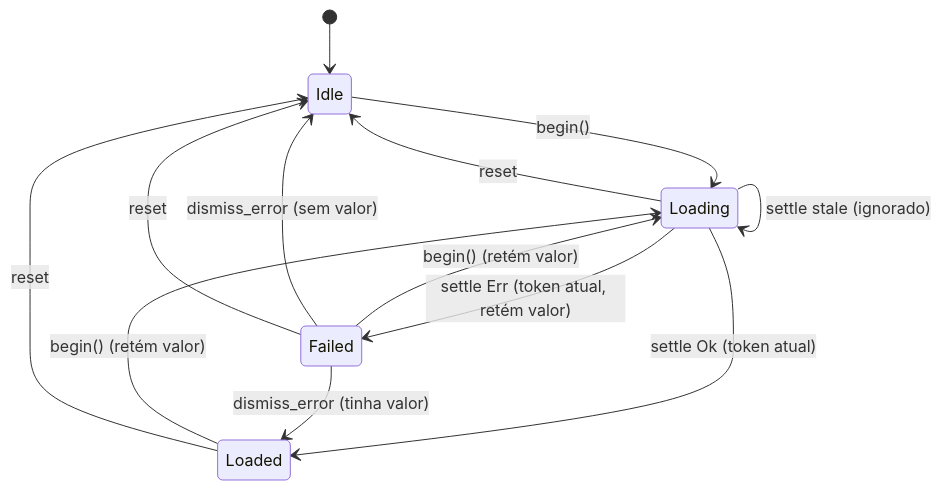
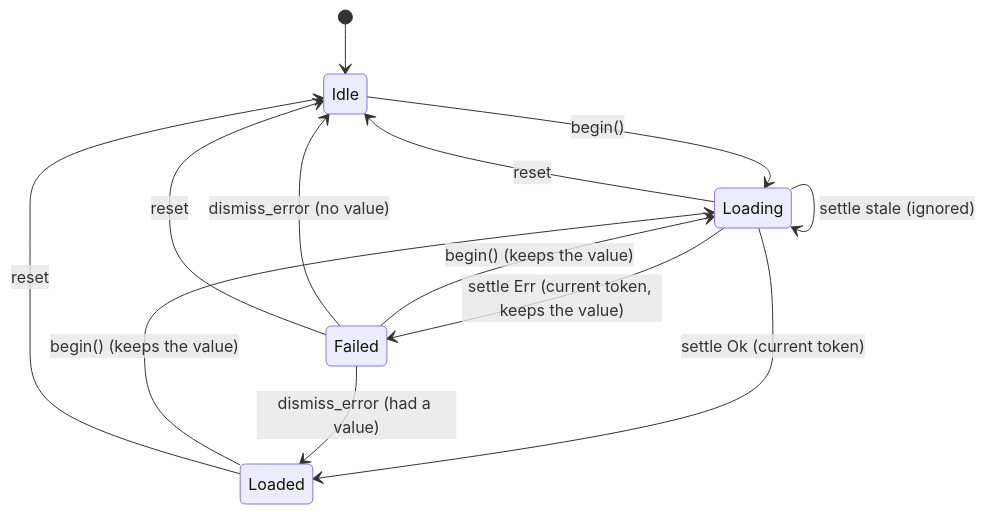
The fifth of 8 diagrams in docs/architecture/runtime-flows.md (JirlanSouza/nive), drawn with Mermaid before and after one commit. The commit also changed other lines of this file and 15 other files, not shown here.

````diff
--- a/docs/architecture/runtime-flows.md
+++ b/docs/architecture/runtime-flows.md
@@ -144,15 +147,15 @@
 ```mermaid
 stateDiagram-v2
     [*] --> Idle
     Idle --> Loading: begin()
-    Loaded --> Loading: begin() (retém valor)
-    Failed --> Loading: begin() (retém valor)
-    Loading --> Loaded: settle Ok (token atual)
-    Loading --> Failed: settle Err (token atual, retém valor)
-    Loading --> Loading: settle stale (ignorado)
-    Failed --> Loaded: dismiss_error (tinha valor)
-    Failed --> Idle: dismiss_error (sem valor)
+    Loaded --> Loading: begin() (keeps the value)
+    Failed --> Loading: begin() (keeps the value)
+    Loading --> Loaded: settle Ok (current token)
+    Loading --> Failed: settle Err (current token, keeps the value)
+    Loading --> Loading: settle stale (ignored)
+    Failed --> Loaded: dismiss_error (had a value)
+    Failed --> Idle: dismiss_error (no value)
     Loaded --> Idle: reset
     Loading --> Idle: reset
     Failed --> Idle: reset
 ```
````
